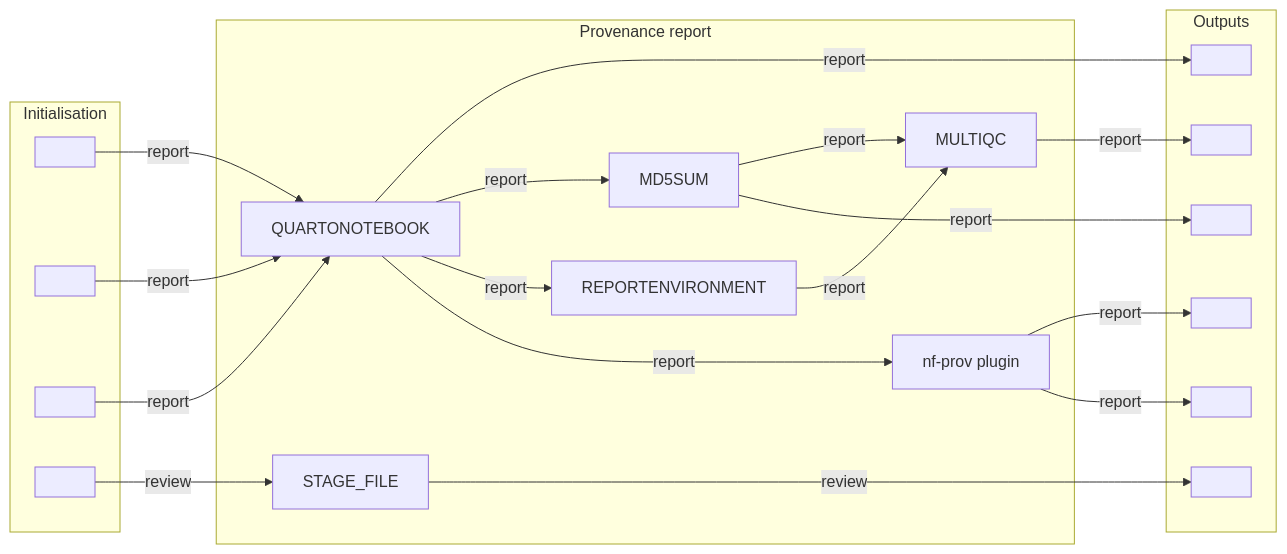
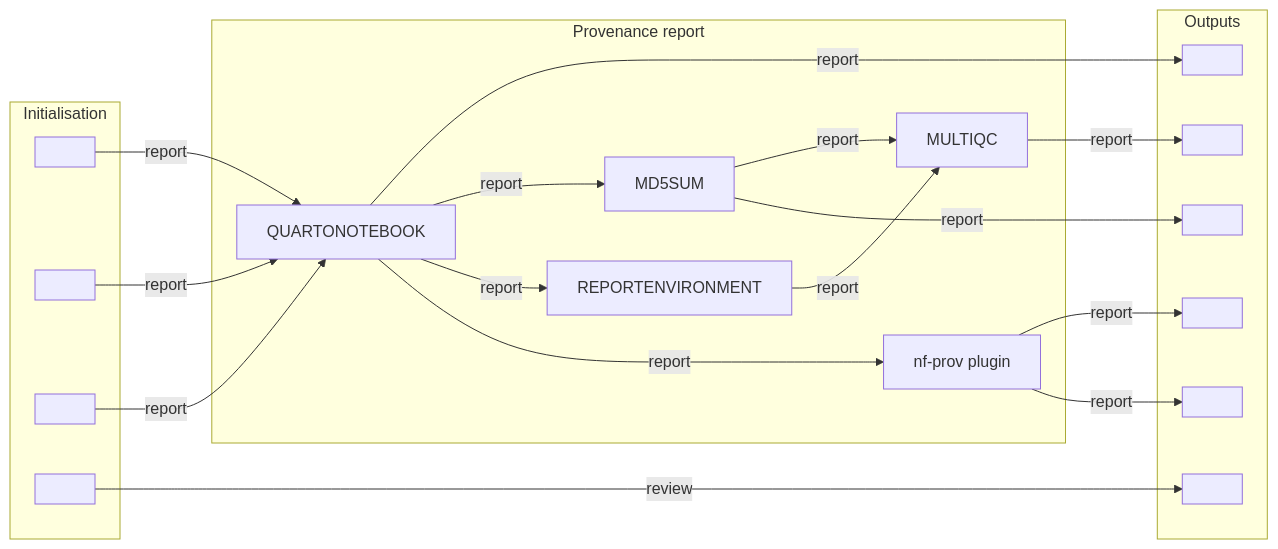
The diagram in docs/images/provenancereport_metro.mmd (antoniasaracco/provenancereport), drawn with Mermaid before and after one commit. The commit also changed 8 other files, not shown here.

Commit message:
use workflow output for supporting document

```diff
--- a/docs/images/provenancereport_metro.mmd
+++ b/docs/images/provenancereport_metro.mmd
@@ -1,57 +1,55 @@
 %%metro style: nfcore
 %%metro file: samplesheet | CSV | Samplesheet
 %%metro file: custom_report | QMD | Custom report
 %%metro file: custom_config | CONF | Custom config
 %%metro file: review_document | FILE | --document optional
 %%metro file: quarto_report | HTML | Quarto report
 %%metro file: multiqc_report | HTML | MultiQC report
 %%metro file: review_output | FILE | Review document
 %%metro file: checksums | MD5 | Checksums
 %%metro file: bco | JSON | BCO
 %%metro file: rocrate | JSON | RO-Crate
 %%metro line: report | Provenance report | #24B064
 %%metro line: review | Optional review document | #F28E2B | dashed
 %%metro legend: bl
 
 graph LR
     subgraph initialisation [Initialisation]
         samplesheet[ ]
         custom_report[ ]
         custom_config[ ]
         review_document[ ]
     end
 
     subgraph provenance [Provenance report]
         quartonotebook[QUARTONOTEBOOK]
         md5sum[MD5SUM]
         reportenvironment[REPORTENVIRONMENT]
         multiqc[MULTIQC]
-        stage_file[STAGE_FILE]
         nfprov[nf-prov plugin]
     end
 
     subgraph outputs [Outputs]
         quarto_report[ ]
         multiqc_report[ ]
         review_output[ ]
         checksums[ ]
         bco[ ]
         rocrate[ ]
     end
 
     samplesheet -->|report| quartonotebook
     custom_report -->|report| quartonotebook
     custom_config -->|report| quartonotebook
     quartonotebook -->|report| quarto_report
     quartonotebook -->|report| md5sum
     quartonotebook -->|report| reportenvironment
     md5sum -->|report| multiqc
     reportenvironment -->|report| multiqc
     multiqc -->|report| multiqc_report
     md5sum -->|report| checksums
     quartonotebook -->|report| nfprov
     nfprov -->|report| bco
     nfprov -->|report| rocrate
 
-    review_document -->|review| stage_file
-    stage_file -->|review| review_output
+    review_document -->|review| review_output
```
